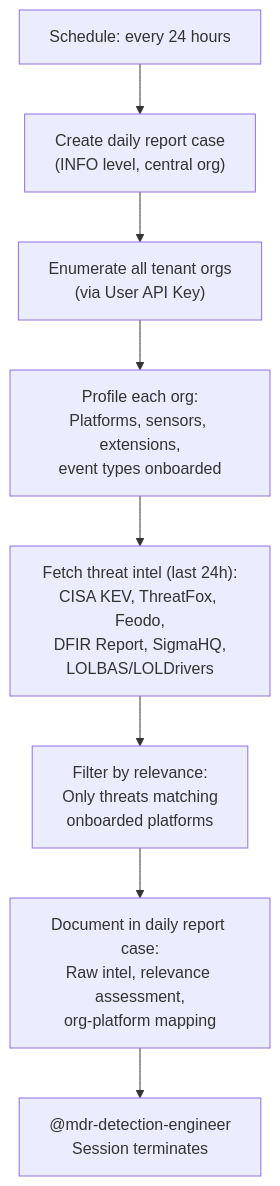
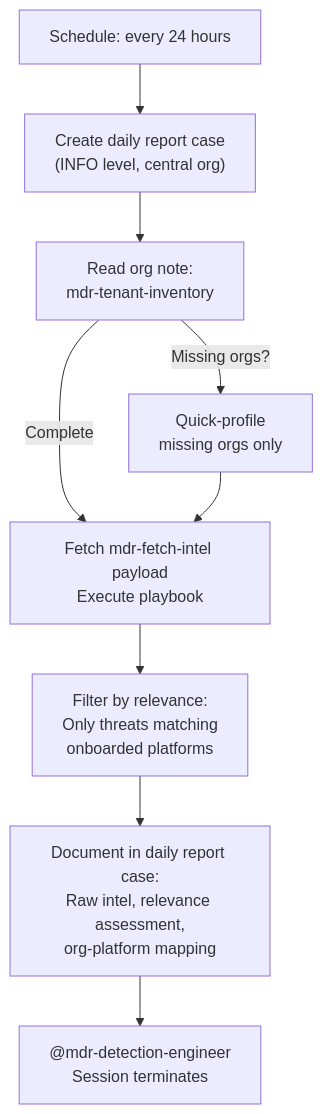
One commit to refractionPOINT/lc-ai changed the diagram in ai-teams/mdr-hunting-pipeline-team/intel-scout/README.md. Above: the diagram before and after it, drawn with Mermaid. The commit also changed other lines of this file and 10 other files, not shown here.

First line of the commit message:
Add tenant-profiler, fetch_intel.py playbook, and validate-before-enable

````diff
--- a/ai-teams/mdr-hunting-pipeline-team/intel-scout/README.md
+++ b/ai-teams/mdr-hunting-pipeline-team/intel-scout/README.md
@@ -7,10 +7,11 @@
 ```mermaid
 flowchart TD
     trigger["Schedule: every 24 hours"] --> case["Create daily report case<br/>(INFO level, central org)"]
-    case --> enumerate["Enumerate all tenant orgs<br/>(via User API Key)"]
-    enumerate --> profile["Profile each org:<br/>Platforms, sensors, extensions,<br/>event types onboarded"]
-    profile --> fetch["Fetch threat intel (last 24h):<br/>CISA KEV, ThreatFox, Feodo,<br/>DFIR Report, SigmaHQ,<br/>LOLBAS/LOLDrivers"]
+    case --> inventory["Read org note:<br/>mdr-tenant-inventory"]
+    inventory -->|Missing orgs?| profile["Quick-profile<br/>missing orgs only"]
+    inventory -->|Complete| fetch["Fetch mdr-fetch-intel payload<br/>Execute playbook"]
+    profile --> fetch
     fetch --> filter["Filter by relevance:<br/>Only threats matching<br/>onboarded platforms"]
     filter --> document["Document in daily report case:<br/>Raw intel, relevance assessment,<br/>org-platform mapping"]
     document --> handoff["@mdr-detection-engineer<br/>Session terminates"]
 ```
````
